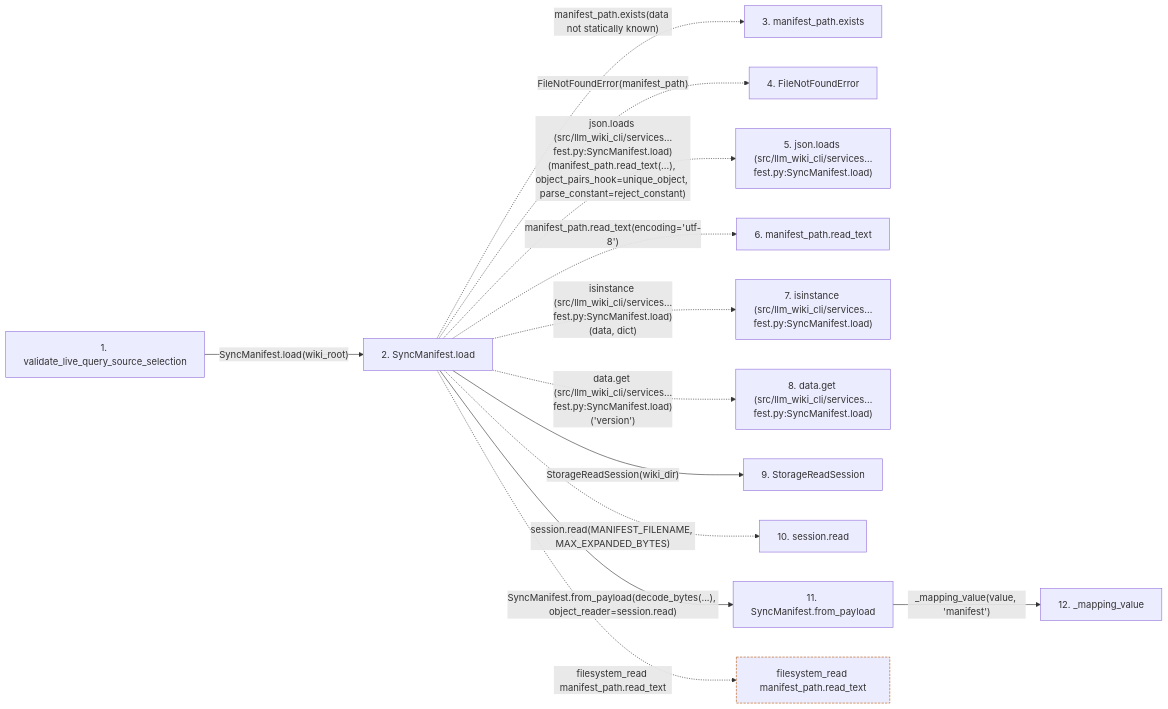
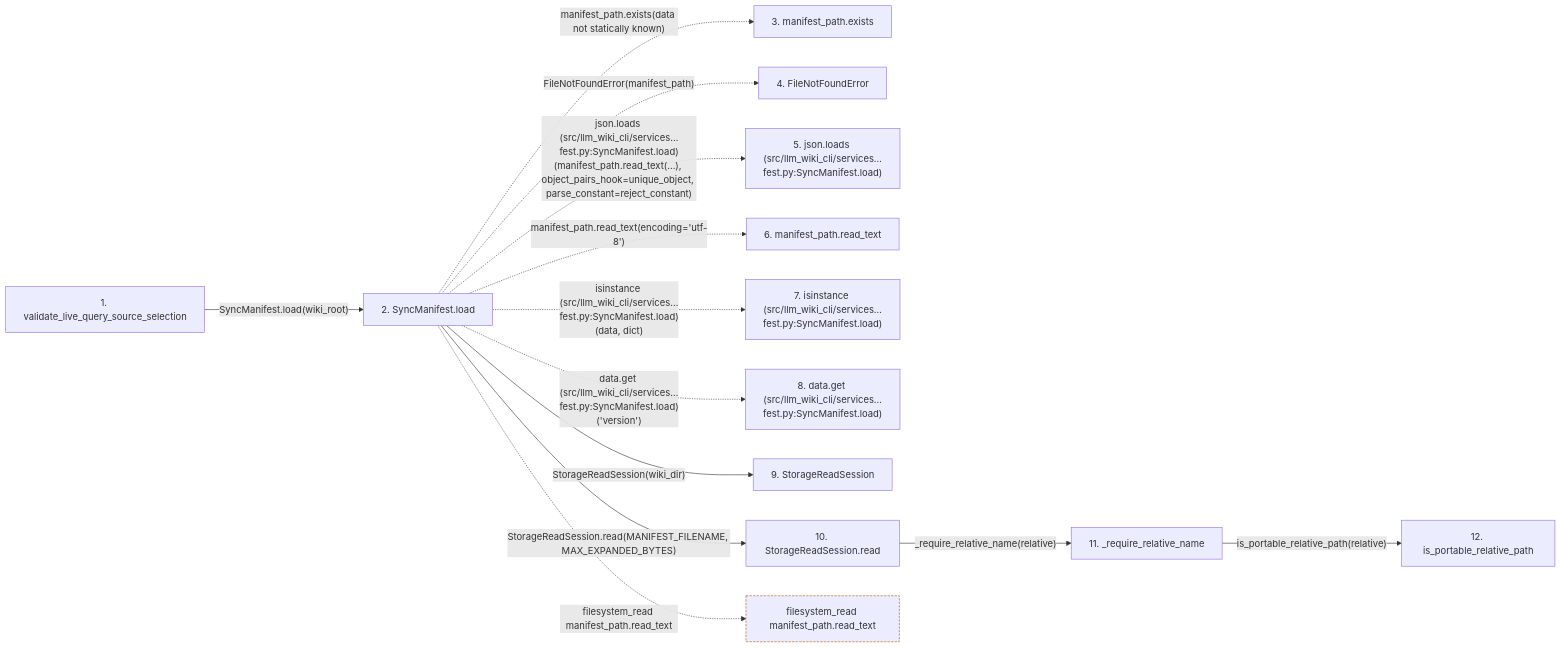
The second of 2 diagrams in docs/llm_wiki/flows/api-validate_live_query_source_selection.md (Denissvgn/python-wiki-llm), drawn with Mermaid before and after one commit. The commit also changed other lines of this file and 1410 other files, not shown here.

````diff
--- a/docs/llm_wiki/flows/api-validate_live_query_source_selection.md
+++ b/docs/llm_wiki/flows/api-validate_live_query_source_selection.md
@@ -86,35 +112,36 @@
 ```mermaid
 flowchart LR
     s1["1. validate_live_query_source_selection"]
     s2["2. SyncManifest.load"]
     s3["3. manifest_path.exists"]
     s4["4. FileNotFoundError"]
     s5["5. json.loads (src/llm_wiki_cli/services…fest.py:SyncManifest.load)"]
     s6["6. manifest_path.read_text"]
     s7["7. isinstance (src/llm_wiki_cli/services…fest.py:SyncManifest.load)"]
     s8["8. data.get (src/llm_wiki_cli/services…fest.py:SyncManifest.load)"]
     s9["9. StorageReadSession"]
-    s10["10. session.read"]
-    s11["11. SyncManifest.from_payload"]
-    s12["12. _mapping_value"]
+    s10["10. StorageReadSession.read"]
+    s11["11. _require_relative_name"]
+    s12["12. is_portable_relative_path"]
     s1 -->|"SyncManifest.load(wiki_root)"| s2
     s2 -. "manifest_path.exists(data not statically known)" .-> s3
     s2 -. "FileNotFoundError(manifest_path)" .-> s4
     s2 -. "json.loads (src/llm_wiki_cli/services…fest.py:SyncManifest.load)(manifest_path.read_text(...), object_pairs_hook=unique_object, parse_constant=reject_constant)" .-> s5
     s2 -. "manifest_path.read_text(encoding='utf-8')" .-> s6
     s2 -. "isinstance (src/llm_wiki_cli/services…fest.py:SyncManifest.load)(data, dict)" .-> s7
     s2 -. "data.get (src/llm_wiki_cli/services…fest.py:SyncManifest.load)('version')" .-> s8
     s2 -->|"StorageReadSession(wiki_dir)"| s9
-    s2 -. "session.read(MANIFEST_FILENAME, MAX_EXPANDED_BYTES)" .-> s10
-    s2 -->|"SyncManifest.from_payload(decode_bytes(...), object_reader=session.read)"| s11
-    s11 -->|"_mapping_value(value, 'manifest')"| s12
+    s2 -->|"StorageReadSession.read(MANIFEST_FILENAME, MAX_EXPANDED_BYTES)"| s10
+    s10 -->|"_require_relative_name(relative)"| s11
+    s11 -->|"is_portable_relative_path(relative)"| s12
     b0["filesystem_read manifest_path.read_text"]
     s2 -. "filesystem_read manifest_path.read_text" .-> b0
     click s1 "../modules/documentation_query_builder.md"
     click s2 "../modules/sync_manifest.md"
     click s9 "../modules/knowledge_storage_io.md"
-    click s11 "../modules/sync_manifest.md"
-    click s12 "../modules/sync_manifest.md"
+    click s10 "../modules/knowledge_storage_io.md"
+    click s11 "../modules/knowledge_storage_io.md"
+    click s12 "../modules/validation.md"
     classDef boundary stroke:#b45309,stroke-dasharray: 4 2
     class b0 boundary
 ```
````
